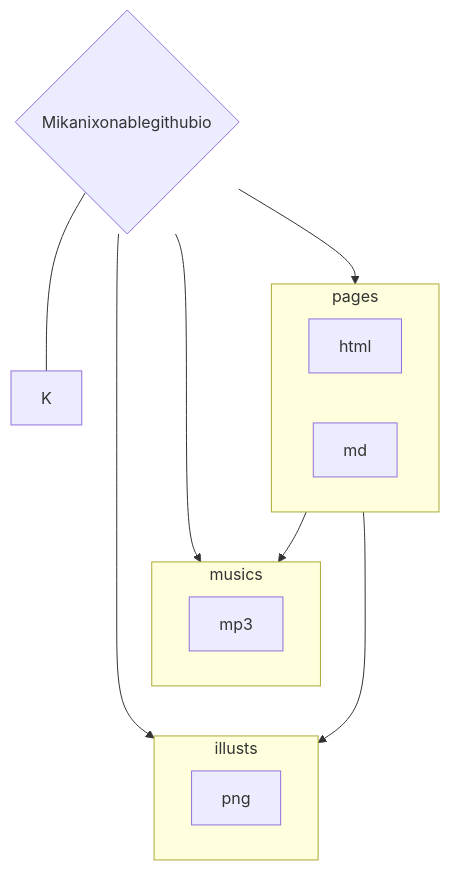
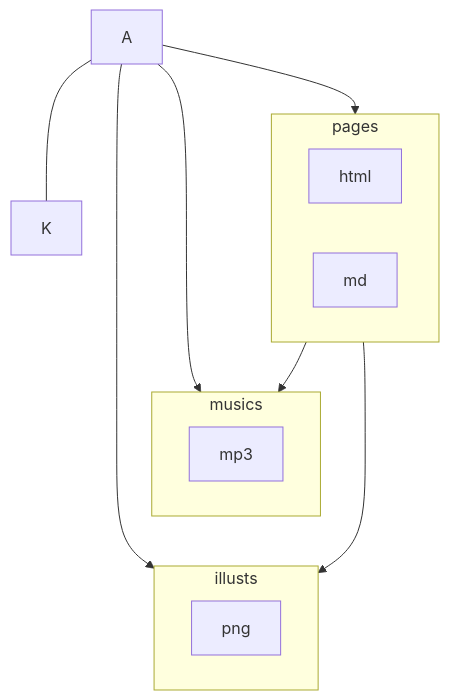
Before and after one commit to Mikanixonable/Mikanixonable.github.io: the second of 2 diagrams in index.md, drawn with Mermaid. The commit also changed other lines of this file, not shown here.

```diff
--- a/index.md
+++ b/index.md
@@ -43,25 +52,24 @@
 ~~~mermaid
 graph TD;
 
-A{Mikanixonablegithubio}
 A ----> illusts
 A --> musics
 A --> pages
 A --- K
 
 subgraph pages
 html
 md
 end
 
 subgraph musics
 mp3
 end
 
 subgraph illusts
 png
 end
 
 pages --> musics
 pages --> illusts
 ~~~
```
